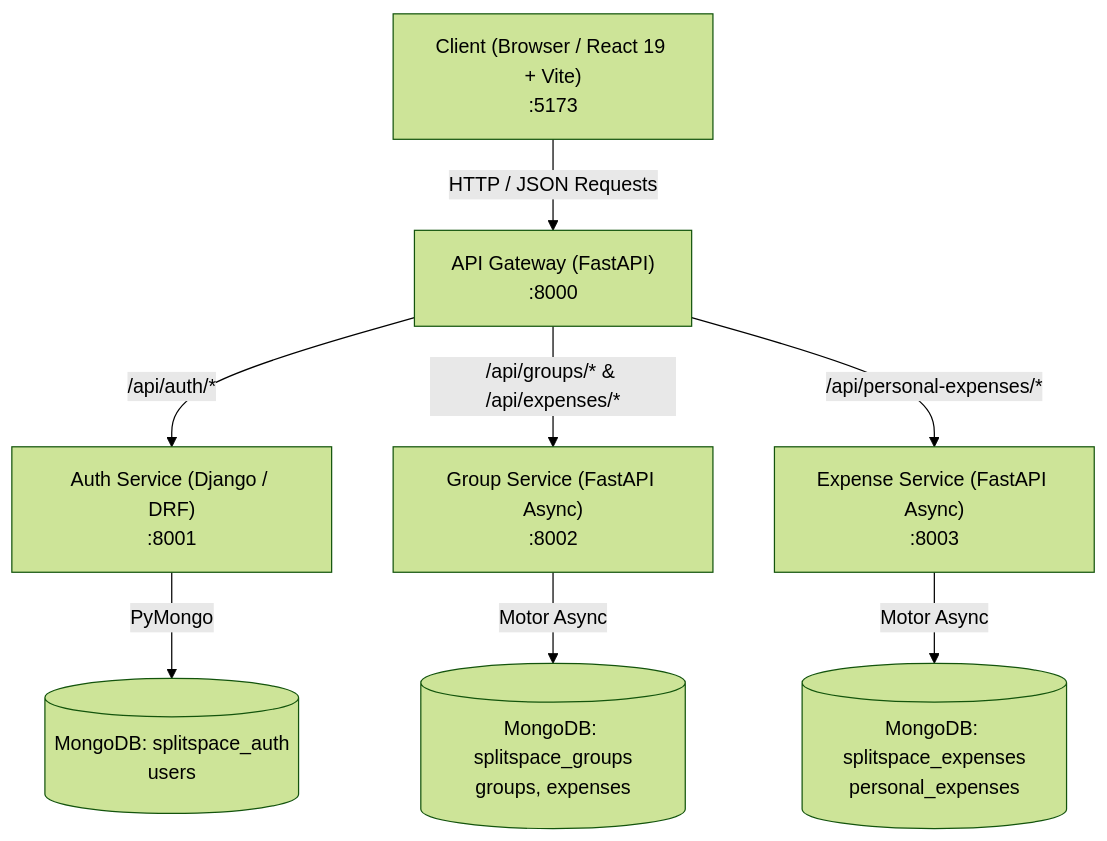
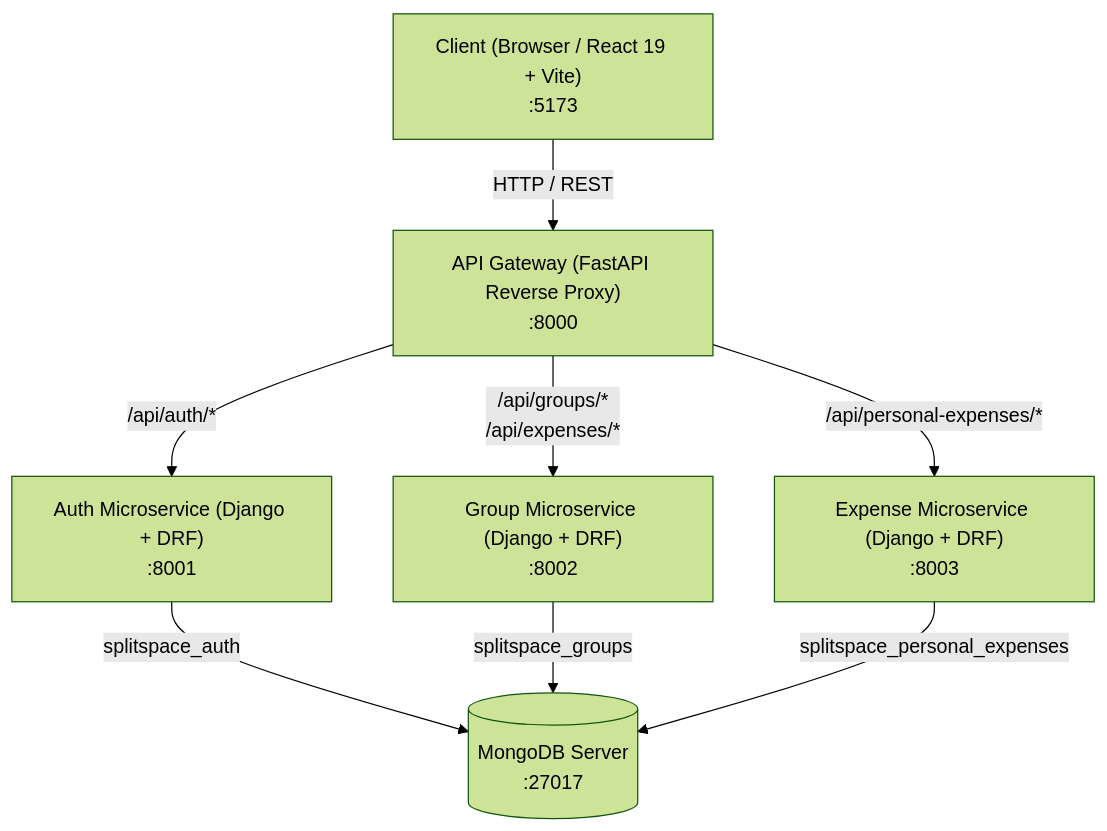
Before and after one commit to ashish102312/splitSpace: the diagram in README.md, drawn with Mermaid (forest theme). The commit also changed other lines of this file, not shown here.

Commit message:
docs(readme): update microservices architecture topology and port run commands

````diff
--- a/README.md
+++ b/README.md
@@ -48,22 +49,18 @@
 ```mermaid
 graph TD
     Client["Client (Browser / React 19 + Vite)<br/>:5173"]
-    Gateway["API Gateway (FastAPI)<br/>:8000"]
+    Gateway["API Gateway (FastAPI Reverse Proxy)<br/>:8000"]
+    AuthService["Auth Microservice (Django + DRF)<br/>:8001"]
+    GroupService["Group Microservice (Django + DRF)<br/>:8002"]
+    ExpenseService["Expense Microservice (Django + DRF)<br/>:8003"]
+    MongoDB[("MongoDB Server<br/>:27017")]
 
-    AuthSvc["Auth Service (Django / DRF)<br/>:8001"]
-    GroupSvc["Group Service (FastAPI Async)<br/>:8002"]
-    ExpenseSvc["Expense Service (FastAPI Async)<br/>:8003"]
+    Client -->|HTTP / REST| Gateway
+    Gateway -->|/api/auth/*| AuthService
+    Gateway -->|/api/groups/*<br/>/api/expenses/*| GroupService
+    Gateway -->|/api/personal-expenses/*| ExpenseService
 
-    DB_Auth[("MongoDB: splitspace_auth<br/>users")]
-    DB_Group[("MongoDB: splitspace_groups<br/>groups, expenses")]
-    DB_Expense[("MongoDB: splitspace_expenses<br/>personal_expenses")]
-
-    Client -->|HTTP / JSON Requests| Gateway
-    Gateway -->|/api/auth/*| AuthSvc
-    Gateway -->|/api/groups/* & /api/expenses/*| GroupSvc
-    Gateway -->|/api/personal-expenses/*| ExpenseSvc
-
-    AuthSvc -->|PyMongo| DB_Auth
-    GroupSvc -->|Motor Async| DB_Group
-    ExpenseSvc -->|Motor Async| DB_Expense
+    AuthService -->|splitspace_auth| MongoDB
+    GroupService -->|splitspace_groups| MongoDB
+    ExpenseService -->|splitspace_personal_expenses| MongoDB
 ```
````
